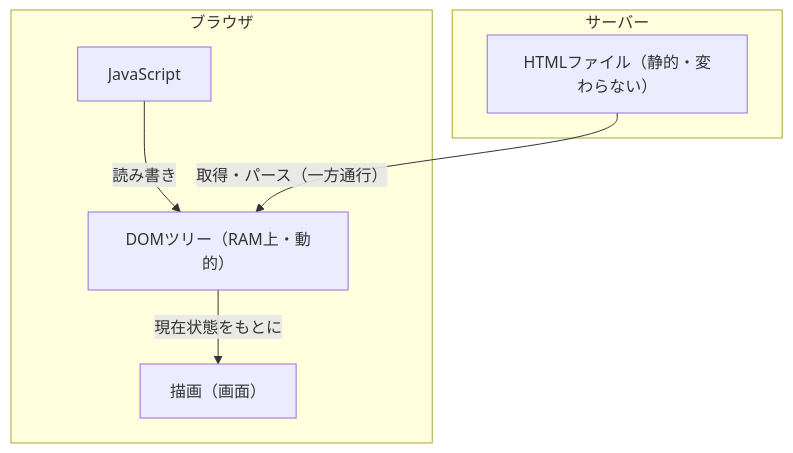
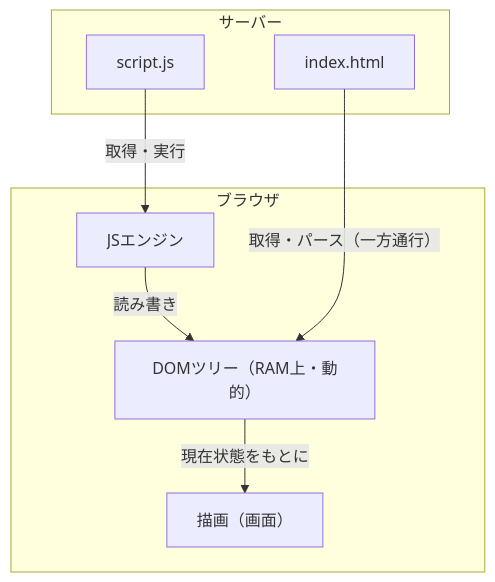
Before and after one commit to Bassiy/share_knowledge: the diagram in concepts/dom.md, drawn with Mermaid.

Commit message:
sync: update from info repo

````diff
--- a/concepts/dom.md
+++ b/concepts/dom.md
@@ -25,15 +25,17 @@
 ```mermaid
 flowchart TD
     subgraph サーバー
-        A["HTMLファイル（静的・変わらない）"]
+        A["index.html"]
+        E["script.js"]
     end
 
     subgraph ブラウザ
         B["DOMツリー（RAM上・動的）"]
-        D["JavaScript"]
+        D["JSエンジン"]
         D -->|読み書き| B
         B -->|現在状態をもとに| C["描画（画面）"]
     end
 
     A -->|取得・パース（一方通行）| B
+    E -->|取得・実行| D
 ```
````
